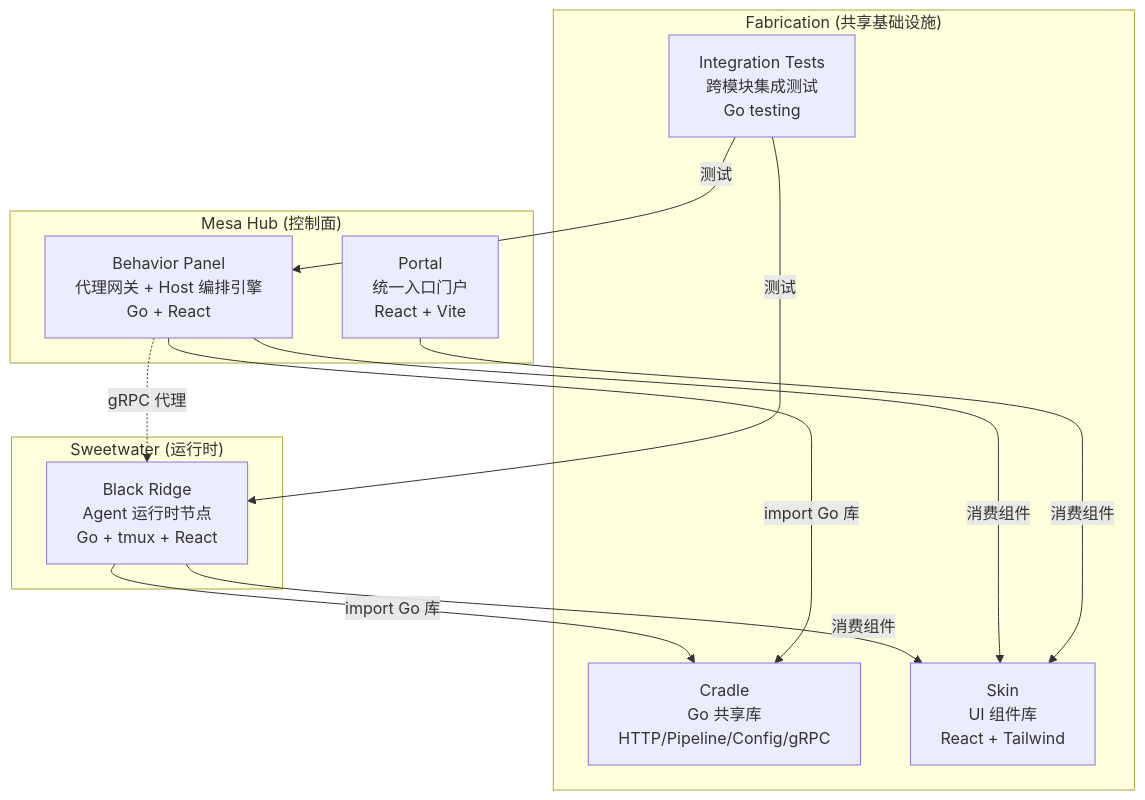
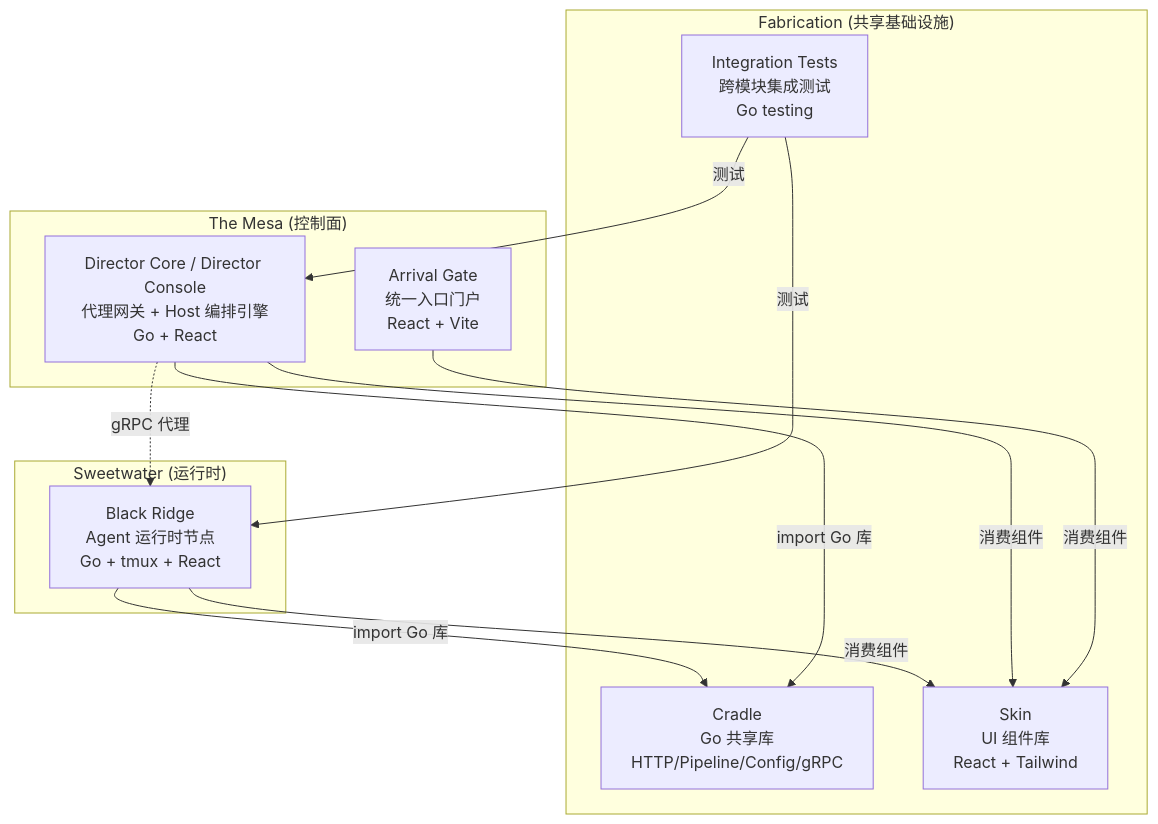
One commit to charviki/maze changed the first of 4 diagrams in docs/architecture.md. Above: the diagram before and after it, drawn with Mermaid. The commit also changed other lines of this file and 300 other files, not shown here.

````diff
--- a/docs/architecture.md
+++ b/docs/architecture.md
@@ -5,27 +5,27 @@
 ```mermaid
 graph TD
-    subgraph "Mesa Hub (控制面)"
-        Portal["Portal<br/>统一入口门户<br/>React + Vite"]
-        BP["Behavior Panel<br/>代理网关 + Host 编排引擎<br/>Go + React"]
+    subgraph "The Mesa (控制面)"
+        ArrivalGate["Arrival Gate<br/>统一入口门户<br/>React + Vite"]
+        MesaControl["Director Core / Director Console<br/>代理网关 + Host 编排引擎<br/>Go + React"]
     end
 
     subgraph "Sweetwater (运行时)"
         BR["Black Ridge<br/>Agent 运行时节点<br/>Go + tmux + React"]
     end
 
     subgraph "Fabrication (共享基础设施)"
         Cradle["Cradle<br/>Go 共享库<br/>HTTP/Pipeline/Config/gRPC"]
         Skin["Skin<br/>UI 组件库<br/>React + Tailwind"]
         IT["Integration Tests<br/>跨模块集成测试<br/>Go testing"]
     end
 
-    Portal -->|消费组件| Skin
-    BP -->|import Go 库| Cradle
-    BP -->|消费组件| Skin
+    ArrivalGate -->|消费组件| Skin
+    MesaControl -->|import Go 库| Cradle
+    MesaControl -->|消费组件| Skin
     BR -->|import Go 库| Cradle
     BR -->|消费组件| Skin
-    IT -->|测试| BP
+    IT -->|测试| MesaControl
     IT -->|测试| BR
 
-    BP -.->|gRPC 代理| BR
+    MesaControl -.->|gRPC 代理| BR
 ```
````
